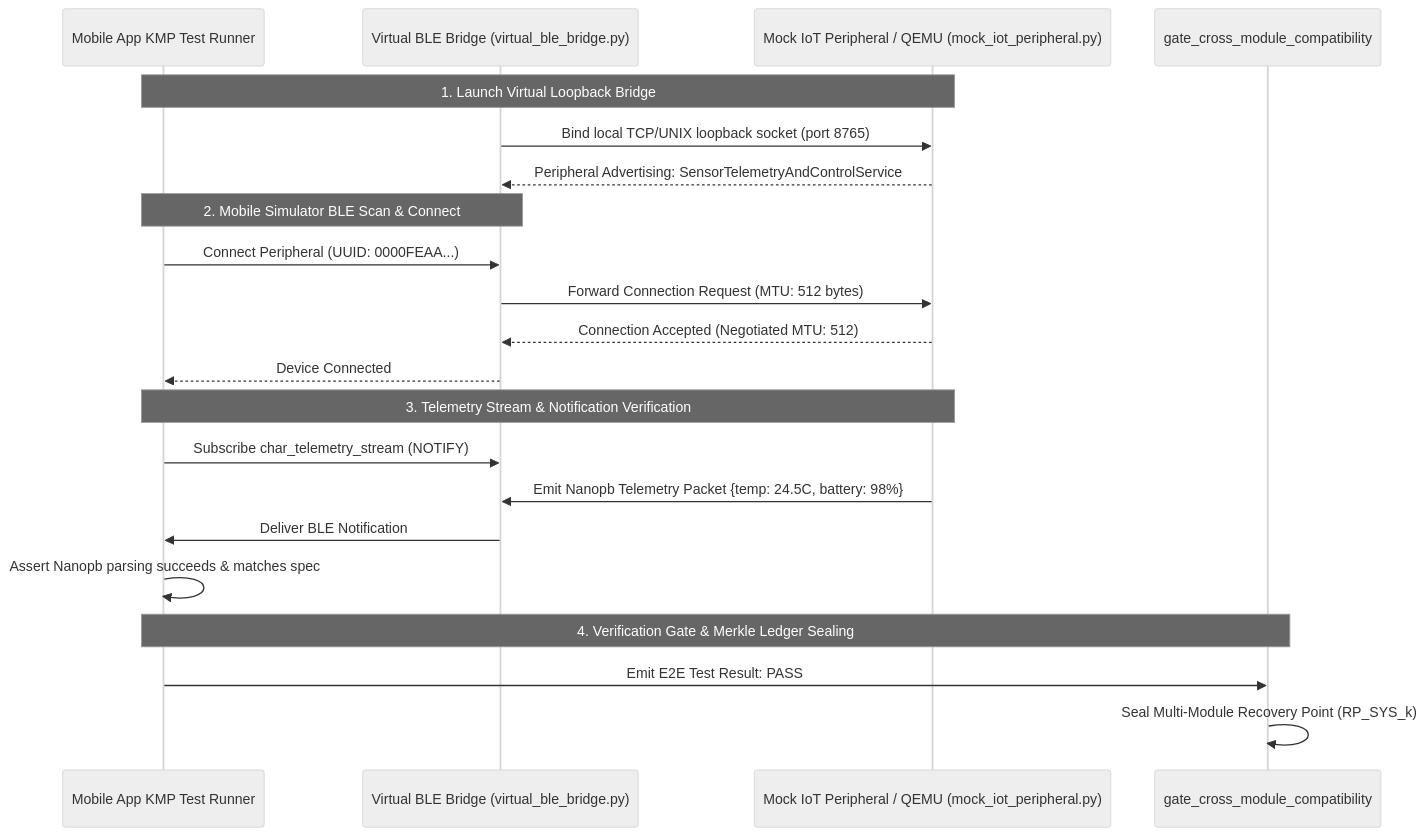
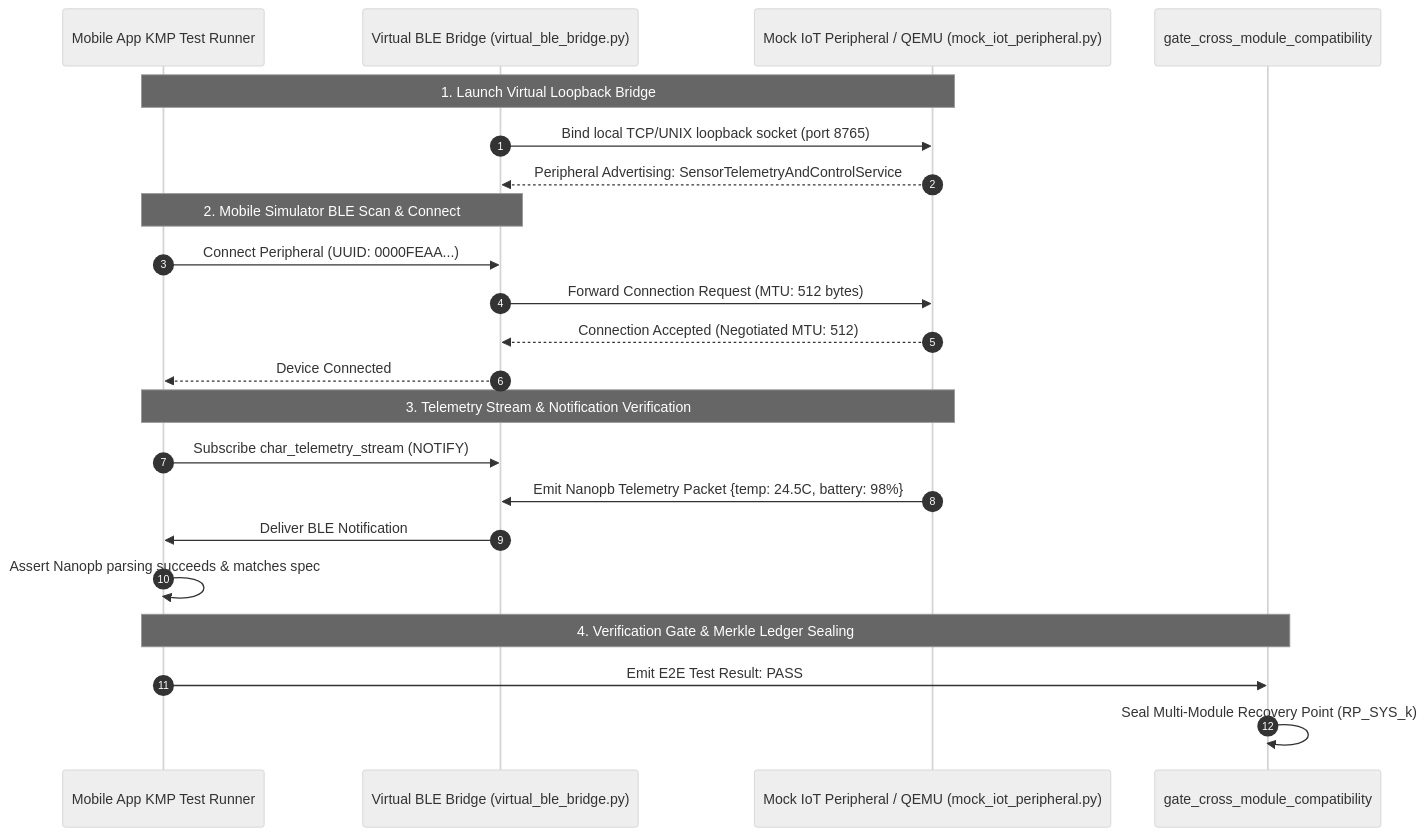
The diagram in .nb/plan/claude-context-engineering-iot-mobile-domain-plan.md (lakhwindersingh/nb_fairyfly), drawn with Mermaid (neutral theme) before and after one commit. The commit also changed other lines of this file and 16 other files, not shown here.

Commit message:
fix(mermaid): resolve sequenceDiagram parse error and standardize domain plans with encrypted nbpack flow

````diff
--- a/.nb/plan/claude-context-engineering-iot-mobile-domain-plan.md
+++ b/.nb/plan/claude-context-engineering-iot-mobile-domain-plan.md
@@ -158,27 +167,28 @@
 ```mermaid
 sequenceDiagram
+  autonumber
   participant MobileTest as Mobile App KMP Test Runner
   participant Bridge as Virtual BLE Bridge (virtual_ble_bridge.py)
   participant Peripheral as Mock IoT Peripheral / QEMU (mock_iot_peripheral.py)
   participant Verifier as gate_cross_module_compatibility
 
   Note over MobileTest,Peripheral: 1. Launch Virtual Loopback Bridge
   Bridge->>Peripheral: Bind local TCP/UNIX loopback socket (port 8765)
   Peripheral-->>Bridge: Peripheral Advertising: SensorTelemetryAndControlService
   
   Note over MobileTest,Bridge: 2. Mobile Simulator BLE Scan & Connect
   MobileTest->>Bridge: Connect Peripheral (UUID: 0000FEAA...)
   Bridge->>Peripheral: Forward Connection Request (MTU: 512 bytes)
   Peripheral-->>Bridge: Connection Accepted (Negotiated MTU: 512)
   Bridge-->>MobileTest: Device Connected
 
   Note over MobileTest,Peripheral: 3. Telemetry Stream & Notification Verification
   MobileTest->>Bridge: Subscribe char_telemetry_stream (NOTIFY)
   Peripheral->>Bridge: Emit Nanopb Telemetry Packet {temp: 24.5C, battery: 98%}
   Bridge->>MobileTest: Deliver BLE Notification
   MobileTest->>MobileTest: Assert Nanopb parsing succeeds & matches spec
 
   Note over MobileTest,Verifier: 4. Verification Gate & Merkle Ledger Sealing
   MobileTest->>Verifier: Emit E2E Test Result: PASS
   Verifier->>Verifier: Seal Multi-Module Recovery Point (RP_SYS_k)
 ```
````
